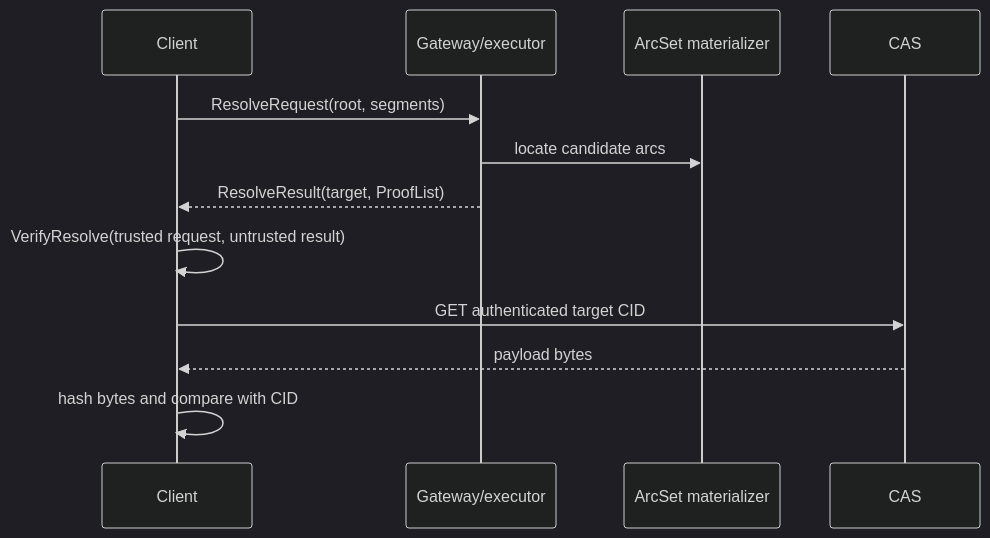
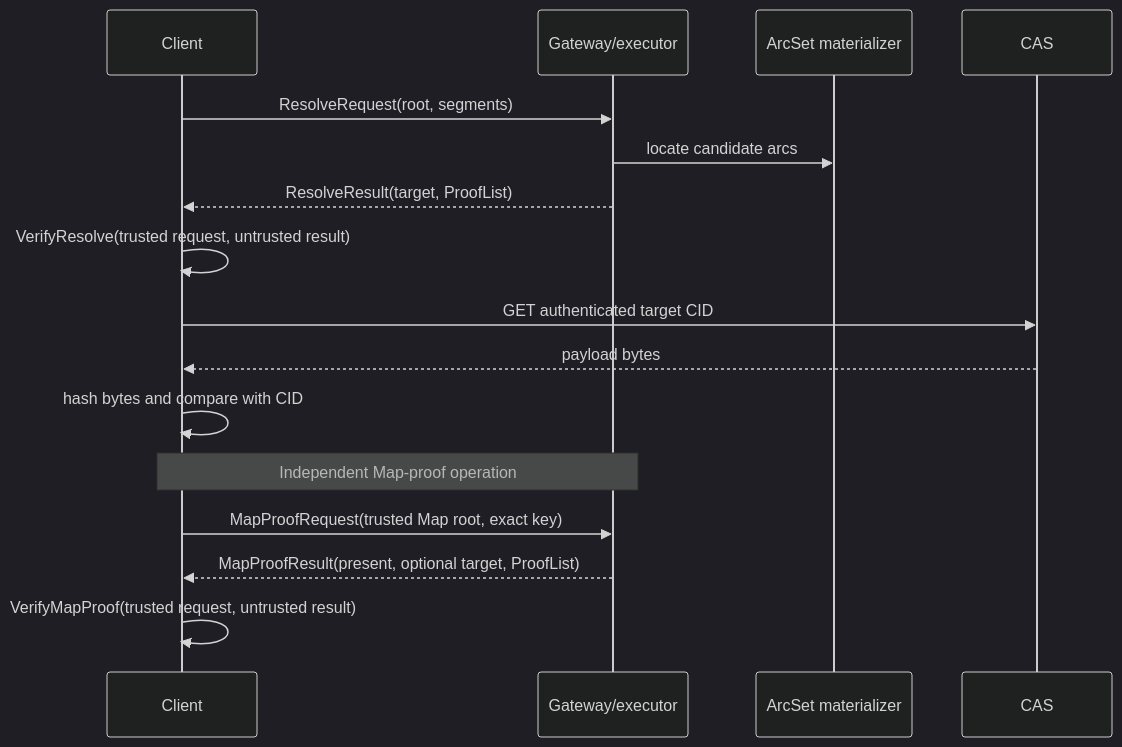
The diagram in ARCHITECTURE.md (DeWebProtocol/malt), drawn with Mermaid (dark theme) before and after one commit. The commit also changed other lines of this file and 5 other files, not shown here.

````diff
--- a/ARCHITECTURE.md
+++ b/ARCHITECTURE.md
@@ -24,15 +24,19 @@
 ```mermaid
 sequenceDiagram
   participant C as Client
   participant G as Gateway/executor
   participant M as ArcSet materializer
   participant S as CAS
 
   C->>G: ResolveRequest(root, segments)
   G->>M: locate candidate arcs
   G-->>C: ResolveResult(target, ProofList)
   C->>C: VerifyResolve(trusted request, untrusted result)
   C->>S: GET authenticated target CID
   S-->>C: payload bytes
   C->>C: hash bytes and compare with CID
+  Note over C,G: Independent Map-proof operation
+  C->>G: MapProofRequest(trusted Map root, exact key)
+  G-->>C: MapProofResult(present, optional target, ProofList)
+  C->>C: VerifyMapProof(trusted request, untrusted result)
 ```
````
